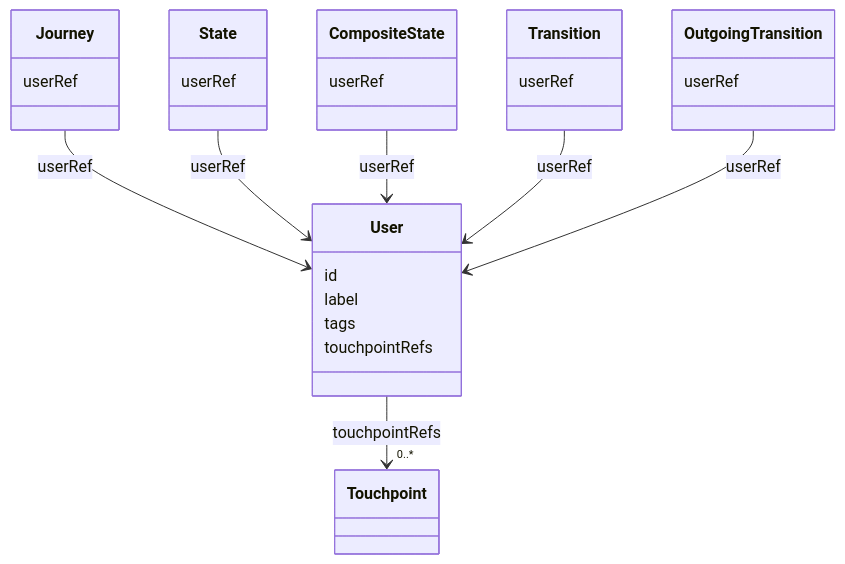
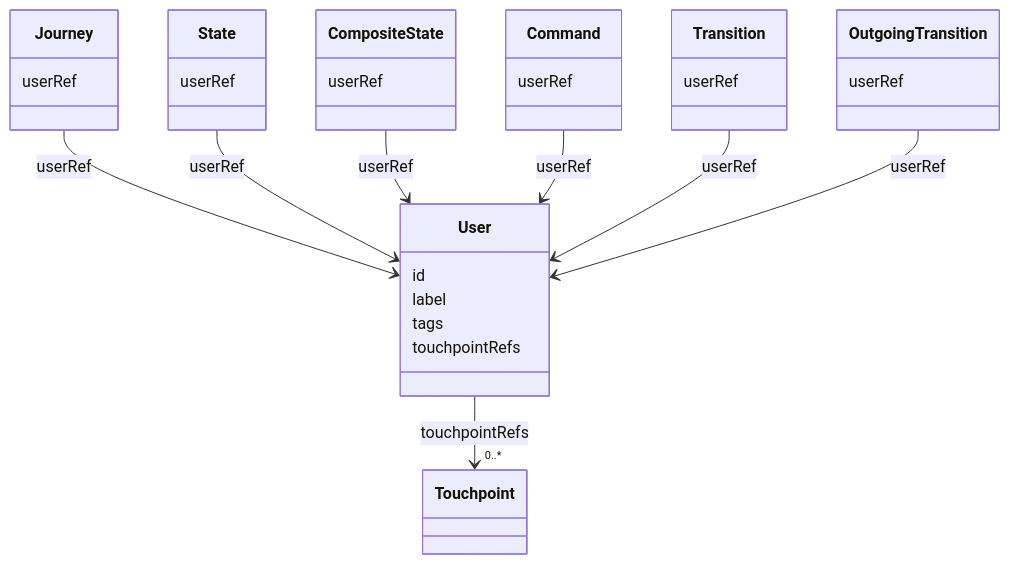
One commit to openuji/spec-ujg changed the second of 4 diagrams in specs/ed/surface/index.md. Above: the diagram before and after it, drawn with Mermaid. The commit also changed other lines of this file and 48 other files, not shown here.

````diff
--- a/specs/ed/surface/index.md
+++ b/specs/ed/surface/index.md
@@ -100,32 +100,36 @@
 ```mermaid
 classDiagram
   class User {
     id
     label
     tags
     touchpointRefs
   }
   class Touchpoint
   class Journey {
     userRef
   }
   class State {
     userRef
   }
   class CompositeState {
     userRef
   }
+  class Command {
+    userRef
+  }
   class Transition {
     userRef
   }
   class OutgoingTransition {
     userRef
   }
 
   User --> "0..*" Touchpoint : touchpointRefs
   Journey --> User : userRef
   State --> User : userRef
   CompositeState --> User : userRef
+  Command --> User : userRef
   Transition --> User : userRef
   OutgoingTransition --> User : userRef
 ```
````
